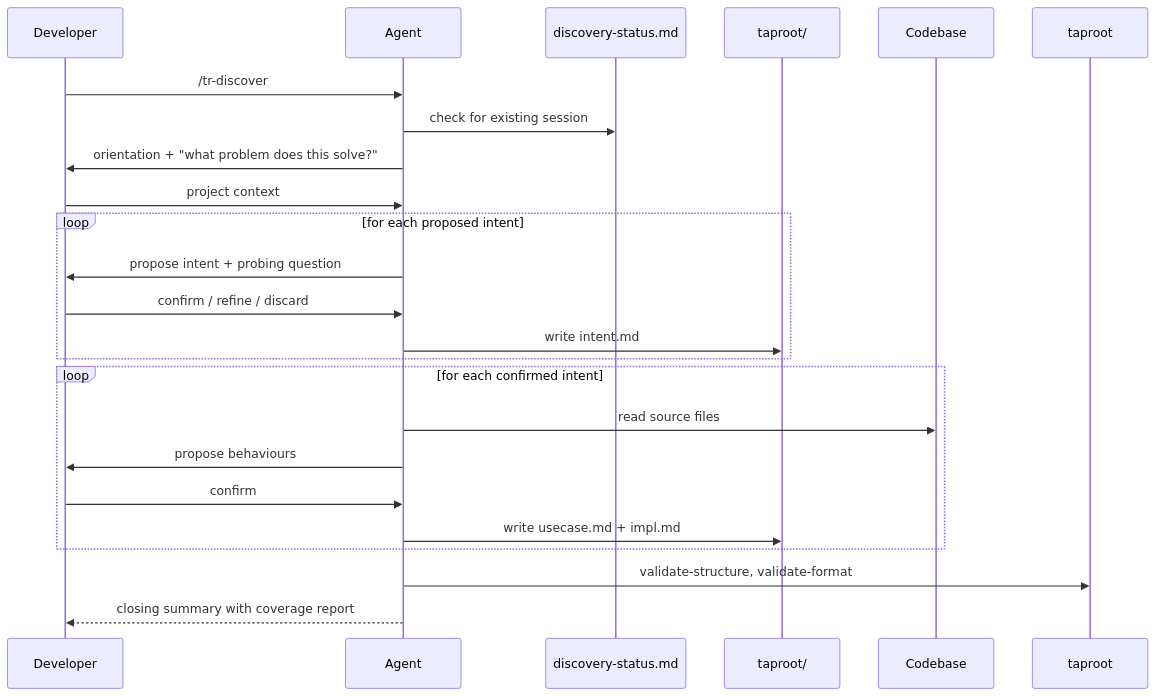
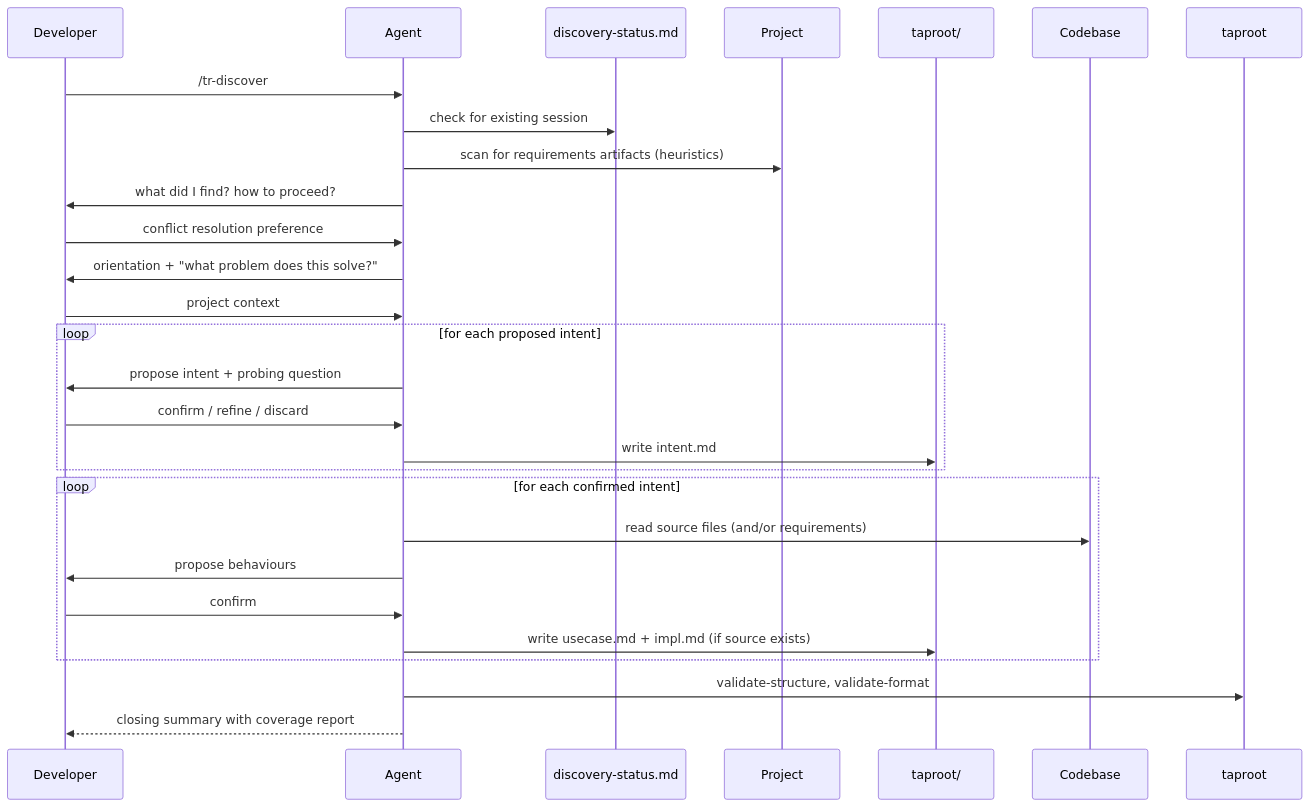
The diagram in taproot/project-discovery/discover-existing-project/usecase.md (imix/taproot), drawn with Mermaid before and after one commit. The commit also changed other lines of this file and 1 other file, not shown here.

Commit message:
taproot(project-discovery): extend discover to support requirements artifacts alongside source

````diff
--- a/taproot/project-discovery/discover-existing-project/usecase.md
+++ b/taproot/project-discovery/discover-existing-project/usecase.md
@@ -42,20 +56,23 @@
 ```mermaid
 sequenceDiagram
   Developer->>Agent: /tr-discover
   Agent->>discovery-status.md: check for existing session
+  Agent->>Project: scan for requirements artifacts (heuristics)
+  Agent->>Developer: what did I find? how to proceed?
+  Developer->>Agent: conflict resolution preference
   Agent->>Developer: orientation + "what problem does this solve?"
   Developer->>Agent: project context
   loop for each proposed intent
     Agent->>Developer: propose intent + probing question
     Developer->>Agent: confirm / refine / discard
     Agent->>taproot/: write intent.md
   end
   loop for each confirmed intent
-    Agent->>Codebase: read source files
+    Agent->>Codebase: read source files (and/or requirements)
     Agent->>Developer: propose behaviours
     Developer->>Agent: confirm
-    Agent->>taproot/: write usecase.md + impl.md
+    Agent->>taproot/: write usecase.md + impl.md (if source exists)
   end
   Agent->>taproot: validate-structure, validate-format
   Agent-->>Developer: closing summary with coverage report
 ```
````
